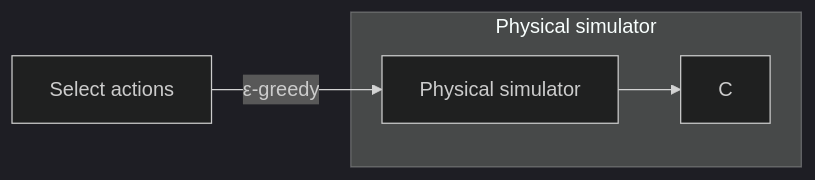
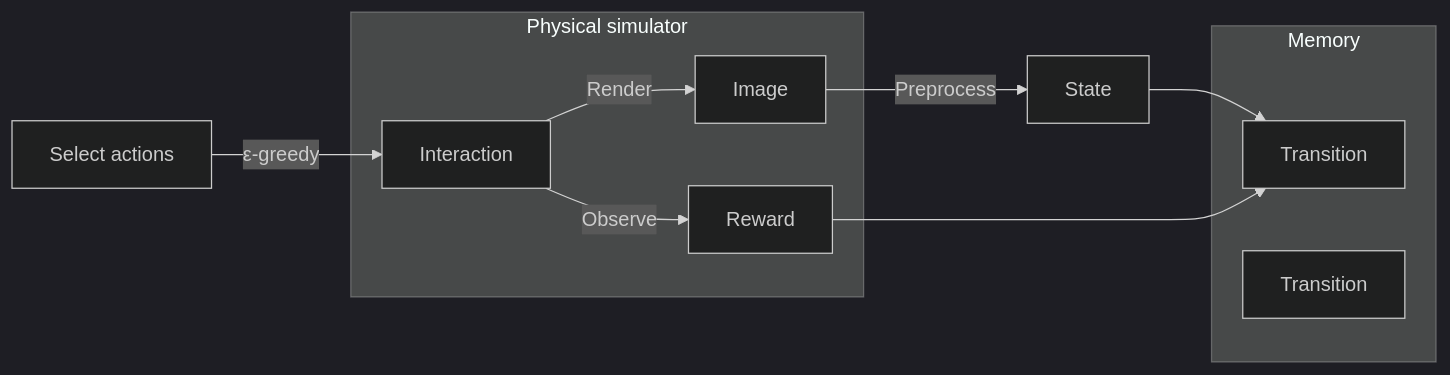
The first of 2 diagrams in Project/Pipeline.md (khulaifi95/ACS), drawn with Mermaid (dark theme) before and after one commit. The commit also changed other lines of this file and 2 other files, not shown here.

````diff
--- a/Project/Pipeline.md
+++ b/Project/Pipeline.md
@@ -1,7 +13,15 @@
 ```mermaid
 graph LR
-A[Select actions]-->|ε-greedy| B[Physical simulator]
+A[Select actions]-->|ε-greedy| B[Interaction]
+C[Image] -->|Preprocess| E[State] --> F
+D[Reward] --> F[Transition]
 subgraph Physical simulator
-B --> C
+B -->|Render| C
+B -->|Observe| D
 end
+subgraph Memory
+F
+G[Transition]
+end
+
 ```
````
